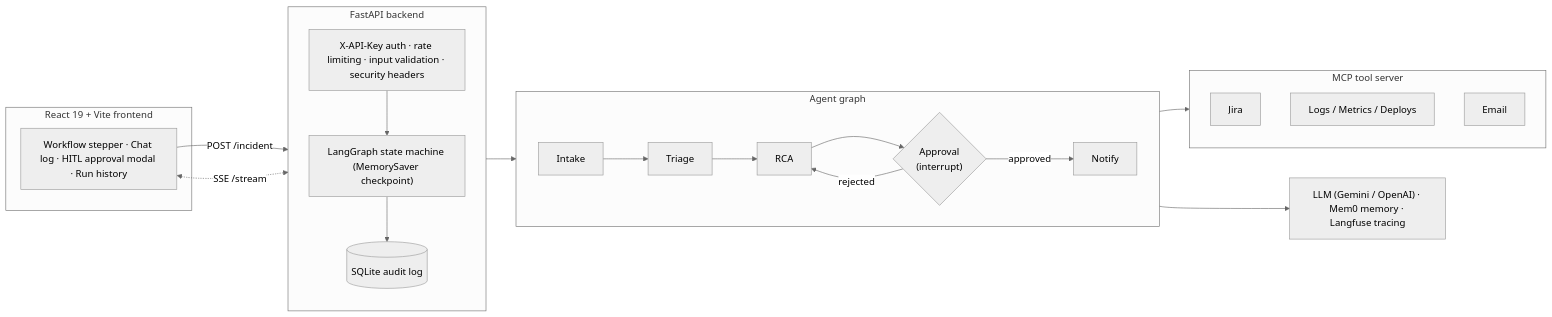
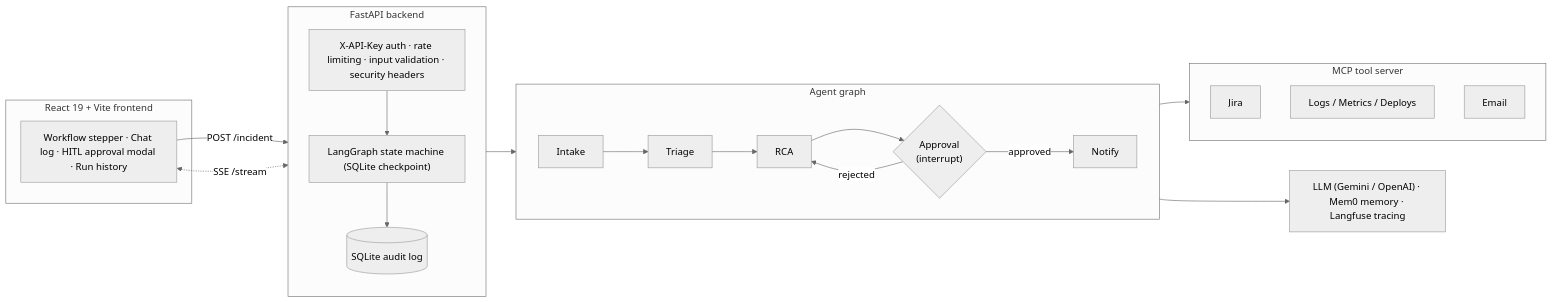
One commit to BasitS-hash/incident-response-agent changed the diagram in README.md. Above: the diagram before and after it, drawn with Mermaid (neutral theme). The commit also changed other lines of this file and 5 other files, not shown here.

````diff
--- a/README.md
+++ b/README.md
@@ -60,35 +60,35 @@
 ```mermaid
 flowchart LR
     subgraph Browser["React 19 + Vite frontend"]
         UI["Workflow stepper · Chat log · HITL approval modal · Run history"]
     end
 
     subgraph API["FastAPI backend"]
         direction TB
         AUTH["X-API-Key auth · rate limiting · input validation · security headers"]
-        GRAPH["LangGraph state machine (MemorySaver checkpoint)"]
+        GRAPH["LangGraph state machine (SQLite checkpoint)"]
         AUDIT[("SQLite audit log")]
     end
 
     subgraph Agents["Agent graph"]
         direction LR
         I["Intake"] --> T["Triage"] --> R["RCA"] --> A{"Approval<br/>(interrupt)"}
         A -- approved --> N["Notify"]
         A -- rejected --> R
     end
 
     subgraph Tools["MCP tool server"]
         JIRA["Jira"]
         LOGS["Logs / Metrics / Deploys"]
         MAIL["Email"]
     end
 
     EXT["LLM (Gemini / OpenAI) · Mem0 memory · Langfuse tracing"]
 
     UI -- "POST /incident" --> AUTH
     UI <-. "SSE /stream" .-> AUTH
     AUTH --> GRAPH --> Agents
     Agents --> Tools
     Agents --> EXT
     GRAPH --> AUDIT
 ```
````
